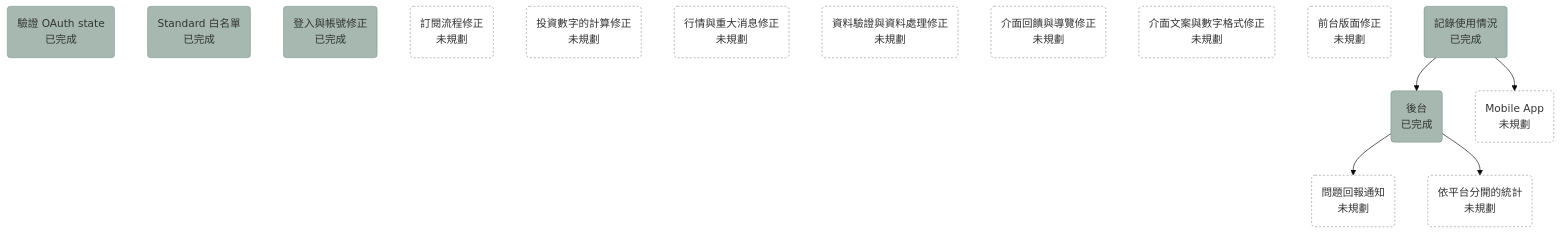
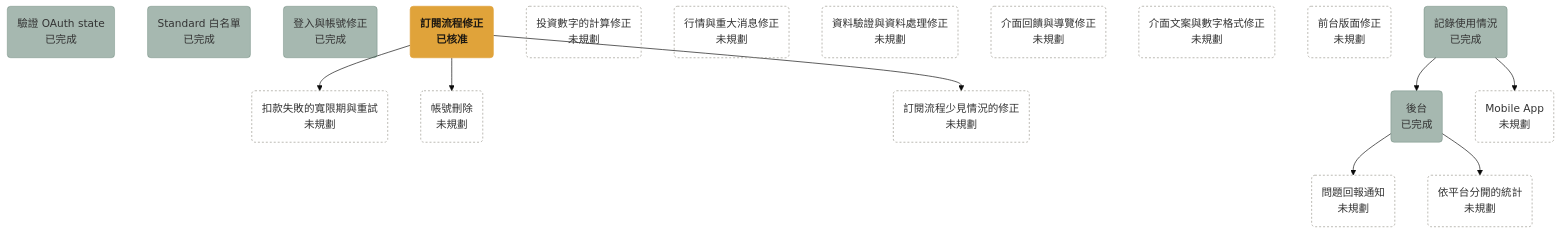
One commit to bingyangchen/taigu changed the diagram in docs/plans/roadmap.md. Above: the diagram before and after it, drawn with Mermaid (base theme). The commit also changed other lines of this file and 6 other files, not shown here.

Commit message:
[plan 0006] Fix the subscription flow (#236)

````diff
--- a/docs/plans/roadmap.md
+++ b/docs/plans/roadmap.md
@@ -7,25 +7,31 @@
 ```mermaid
 flowchart TD
   oauth_state_check("驗證 OAuth state<br/>已完成"):::done
   standard_whitelist("Standard 白名單<br/>已完成"):::done
   login_account_fixes("登入與帳號修正<br/>已完成"):::done
-  billing_fixes("訂閱流程修正<br/>未規劃"):::unplanned
+  billing_fixes("訂閱流程修正<br/>已核准"):::approved
+  renewal_retry("扣款失敗的寬限期與重試<br/>未規劃"):::unplanned
+  account_deletion("帳號刪除<br/>未規劃"):::unplanned
+  billing_edge_case_fixes("訂閱流程少見情況的修正<br/>未規劃"):::unplanned
   calculation_fixes("投資數字的計算修正<br/>未規劃"):::unplanned
   market_data_fixes("行情與重大消息修正<br/>未規劃"):::unplanned
   data_fixes("資料驗證與資料處理修正<br/>未規劃"):::unplanned
   ui_feedback_fixes("介面回饋與導覽修正<br/>未規劃"):::unplanned
   copy_fixes("介面文案與數字格式修正<br/>未規劃"):::unplanned
   frontend_layout_fixes("前台版面修正<br/>未規劃"):::unplanned
   usage_recording("記錄使用情況<br/>已完成"):::done
   admin_console("後台<br/>已完成"):::done
   issue_report_notification("問題回報通知<br/>未規劃"):::unplanned
   per_platform_stats("依平台分開的統計<br/>未規劃"):::unplanned
   mobile_app("Mobile App<br/>未規劃"):::unplanned
   usage_recording --> admin_console
   usage_recording --> mobile_app
   admin_console --> issue_report_notification
   admin_console --> per_platform_stats
+  billing_fixes --> renewal_retry
+  billing_fixes --> account_deletion
+  billing_fixes --> billing_edge_case_fixes
   classDef done fill:#4f726280,stroke:#4f726280
   classDef approved fill:#e0a33a,stroke:#e0a33a,color:#1f1a12,font-weight:bold
   classDef unplanned fill:none,stroke:#9a978f,stroke-dasharray:3 3
 ```
````
